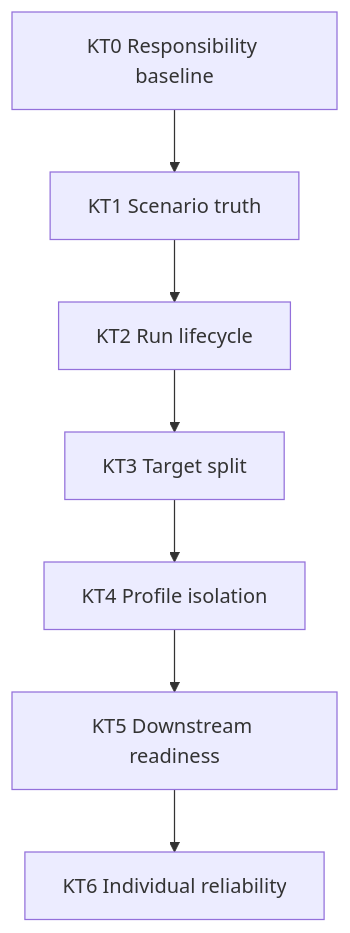
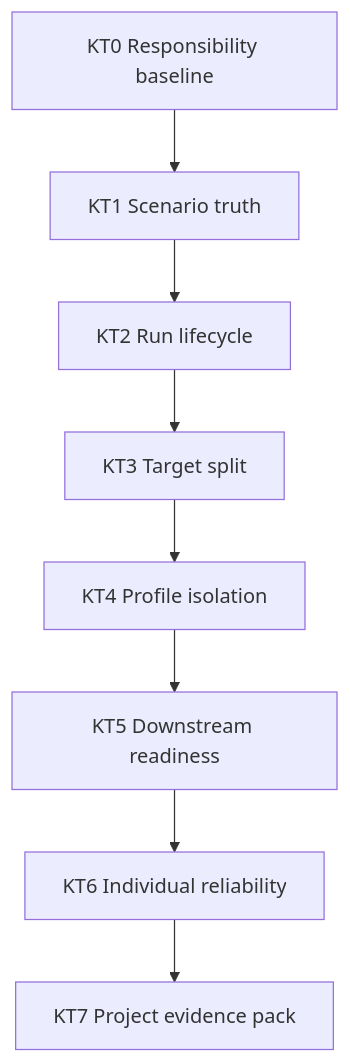
Before and after one commit to 1amageek/kuyu-training: the second of 4 diagrams in RELIABILITY_MILESTONES.md, drawn with Mermaid. The commit also changed other lines of this file and 357 other files, not shown here.

````diff
--- a/RELIABILITY_MILESTONES.md
+++ b/RELIABILITY_MILESTONES.md
@@ -60,17 +64,19 @@
 ```mermaid
 flowchart TB
   KT0["KT0 Responsibility baseline"]
   KT1["KT1 Scenario truth"]
   KT2["KT2 Run lifecycle"]
   KT3["KT3 Target split"]
   KT4["KT4 Profile isolation"]
   KT5["KT5 Downstream readiness"]
   KT6["KT6 Individual reliability"]
+  KT7["KT7 Project evidence pack"]
 
   KT0 --> KT1
   KT1 --> KT2
   KT2 --> KT3
   KT3 --> KT4
   KT4 --> KT5
   KT5 --> KT6
+  KT6 --> KT7
 ```
````
